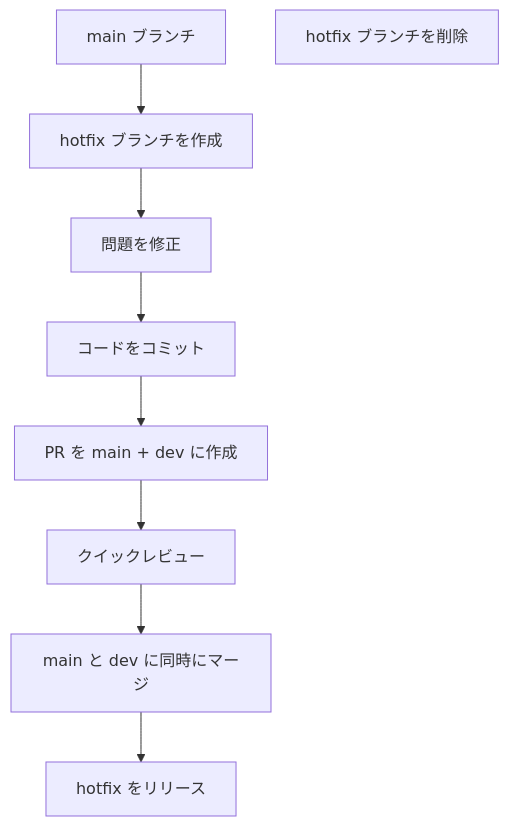
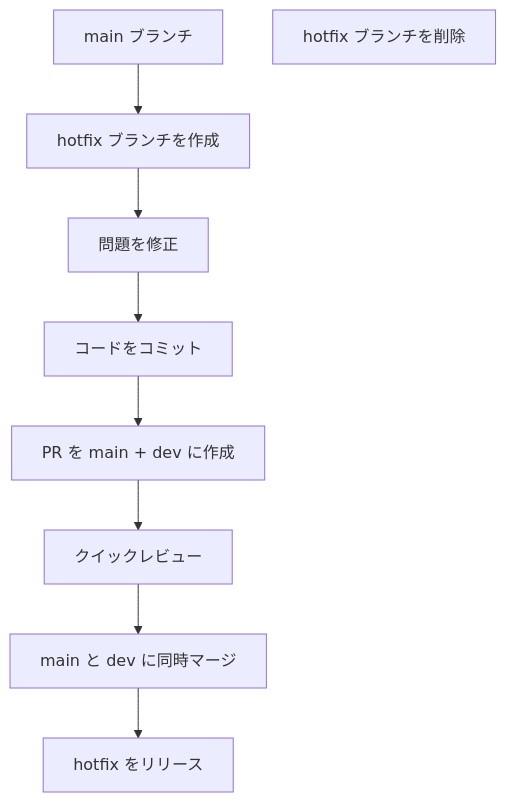
One commit to ChenXu233/YaoXiang changed the second of 3 diagrams in docs/src/ja/dev/branch-maintenance-guide.md. Above: the diagram before and after it, drawn with Mermaid. The commit also changed other lines of this file and 163 other files, not shown here.

````diff
--- a/docs/src/ja/dev/branch-maintenance-guide.md
+++ b/docs/src/ja/dev/branch-maintenance-guide.md
@@ -167,11 +167,11 @@
 ```mermaid
 graph TD
     A[main ブランチ] --> B[hotfix ブランチを作成]
     B --> C[問題を修正]
     C --> D[コードをコミット]
     D --> E[PR を main + dev に作成]
     E --> F[クイックレビュー]
-    F --> G[main と dev に同時にマージ]
+    F --> G[main と dev に同時マージ]
     G --> H[hotfix をリリース]
     I[hotfix ブランチを削除]
 ```
````
